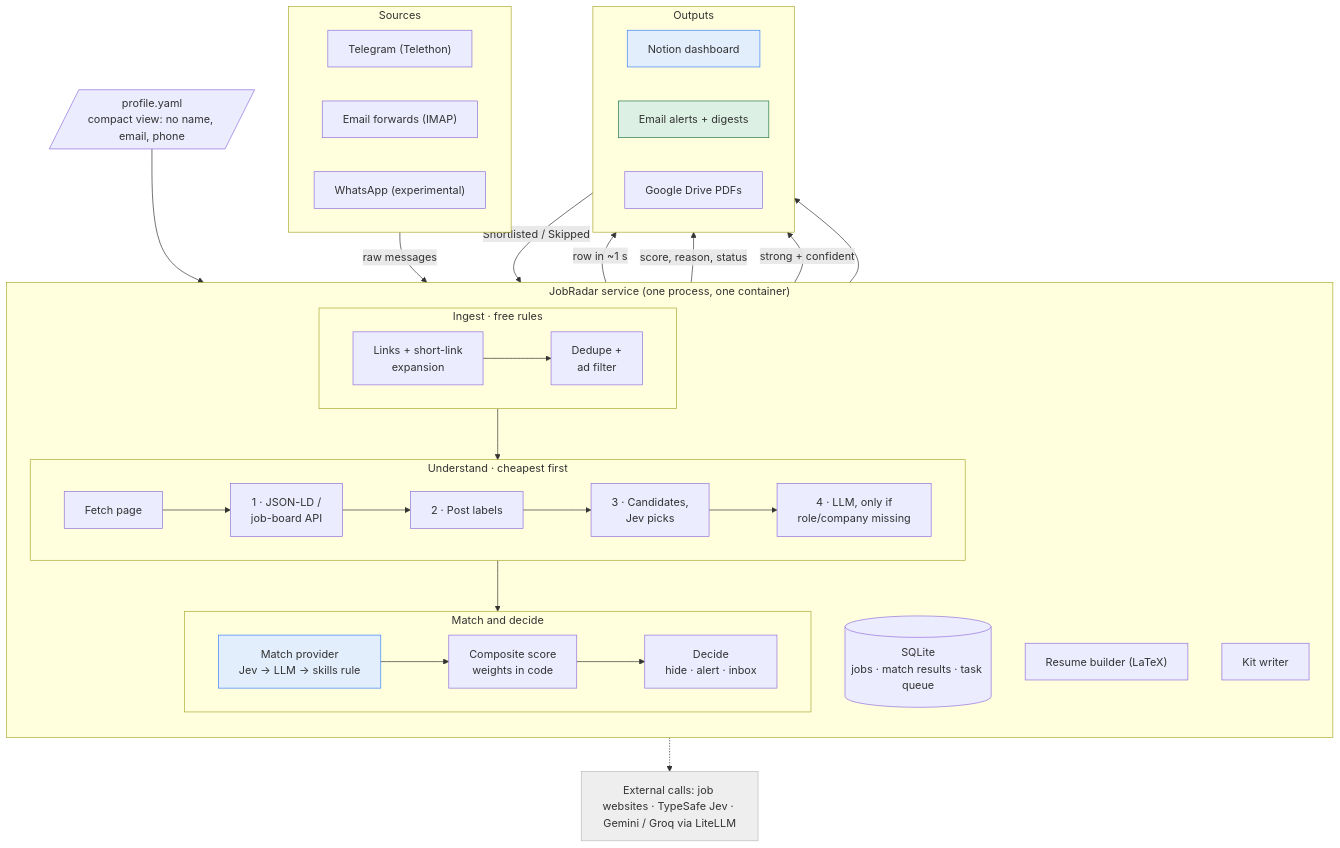
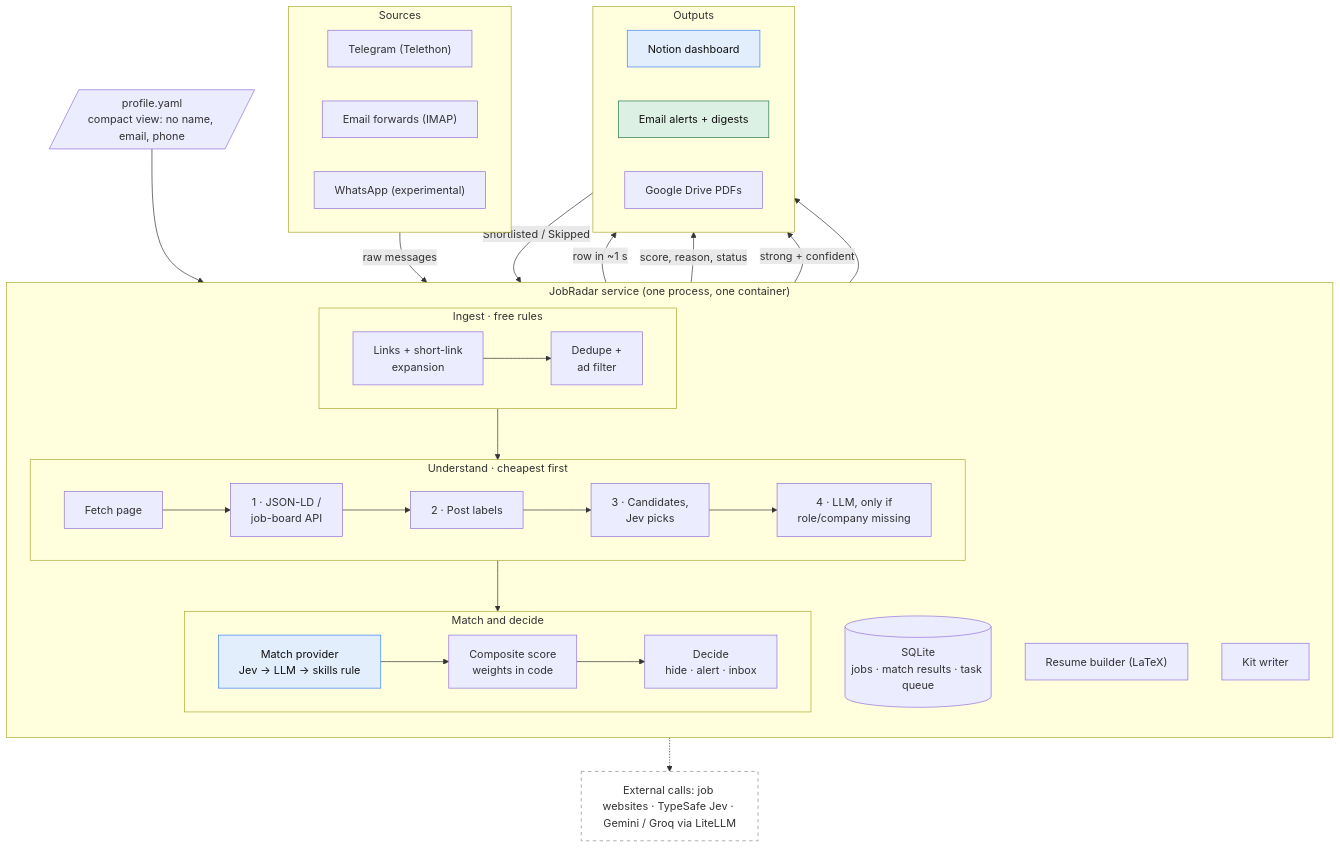
Before and after one commit to ThePlator/JobRadar: the first of 4 diagrams in docs/HLD.md, drawn with Mermaid. The commit also changed other lines of this file and 2 other files, not shown here.

Commit message:
Make Mermaid diagrams readable in GitHub dark theme
Light node fills had no text colour, so GitHub's dark theme drew light
text on pale boxes. Set dark text on filled nodes and use a dashed
outline instead of a grey fill for the external-calls node.

````diff
--- a/docs/HLD.md
+++ b/docs/HLD.md
@@ -22,54 +22,54 @@
 ```mermaid
 flowchart TB
     subgraph Sources
         direction LR
         TG["Telegram (Telethon)"]
         EM["Email forwards (IMAP)"]
         WA["WhatsApp (experimental)"]
     end
 
     subgraph Service["JobRadar service (one process, one container)"]
         direction TB
         subgraph Ingest["Ingest · free rules"]
             direction LR
             L["Links + short-link<br/>expansion"] --> D["Dedupe +<br/>ad filter"]
         end
         subgraph Understand["Understand · cheapest first"]
             direction LR
             F["Fetch page"] --> X1["1 · JSON-LD /<br/>job-board API"] --> X2["2 · Post labels"] --> X3["3 · Candidates,<br/>Jev picks"] --> X4["4 · LLM, only if<br/>role/company missing"]
         end
         subgraph Decide["Match and decide"]
             direction LR
             M["Match provider<br/>Jev → LLM → skills rule"] --> C["Composite score<br/>weights in code"] --> DEC["Decide<br/>hide · alert · inbox"]
         end
         DB[("SQLite<br/>jobs · match results · task queue")]
         RB["Resume builder (LaTeX)"]
         KW["Kit writer"]
         D --> F
         X4 --> M
     end
 
     P[/"profile.yaml<br/>compact view: no name, email, phone"/] --> M
 
     subgraph Outputs
         direction LR
         N["Notion dashboard"]
         A["Email alerts + digests"]
         G["Google Drive PDFs"]
     end
 
     EXT["External calls: job websites · TypeSafe Jev · Gemini / Groq via LiteLLM"]
 
     Sources -- "raw messages" --> L
     D -- "row in ~1 s" --> N
     DEC -- "score, reason, status" --> N
     DEC -- "strong + confident" --> A
     RB --> G
     N -- "Shortlisted / Skipped" --> DEC
     Service -.-> EXT
 
-    style N fill:#e3eefc,stroke:#3b82f6
-    style M fill:#e3eefc,stroke:#3b82f6
-    style A fill:#dcf1e4,stroke:#23774a
-    style EXT fill:#eeeeee,stroke:#bbbbbb
+    style N fill:#e3eefc,stroke:#3b82f6,color:#111
+    style M fill:#e3eefc,stroke:#3b82f6,color:#111
+    style A fill:#dcf1e4,stroke:#23774a,color:#111
+    style EXT fill:none,stroke:#888,stroke-dasharray: 5 5
 ```
````
